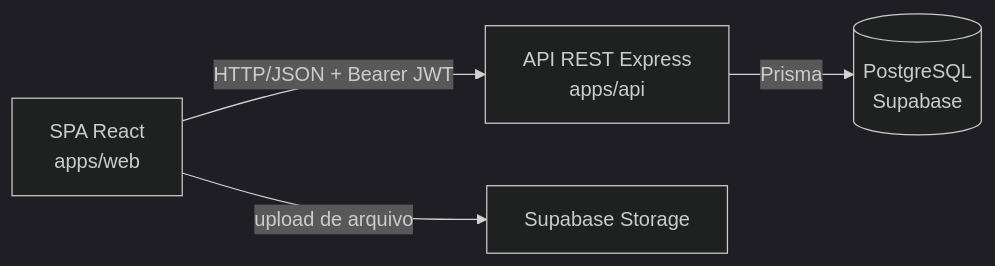
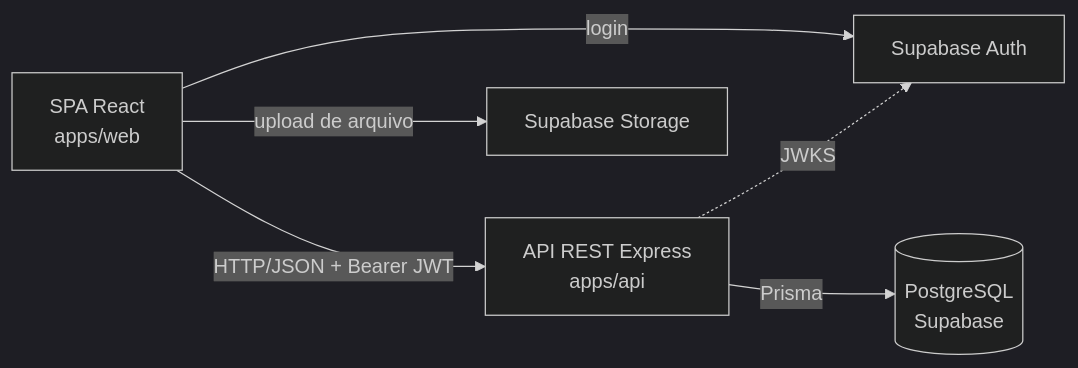
The diagram in README.md (gregoryjereissati/pfi-fleet-manager), drawn with Mermaid (dark theme) before and after one commit. The commit also changed other lines of this file and 42 other files, not shown here.

First line of the commit message:
feat: migra autenticacao para o Supabase Auth

````diff
--- a/README.md
+++ b/README.md
@@ -95,6 +95,8 @@
 ```mermaid
 flowchart LR
-    W["SPA React<br/>apps/web"] -->|"HTTP/JSON + Bearer JWT"| A["API REST Express<br/>apps/api"]
+    W["SPA React<br/>apps/web"] -->|"login"| AU["Supabase Auth"]
+    W -->|"HTTP/JSON + Bearer JWT"| A["API REST Express<br/>apps/api"]
     W -->|"upload de arquivo"| ST["Supabase Storage"]
     A -->|"Prisma"| DB[("PostgreSQL<br/>Supabase")]
+    A -.->|"JWKS"| AU
 ```
````
